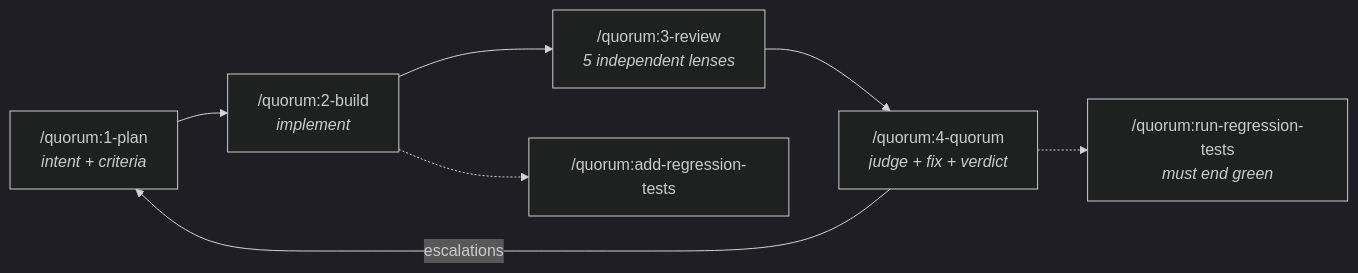
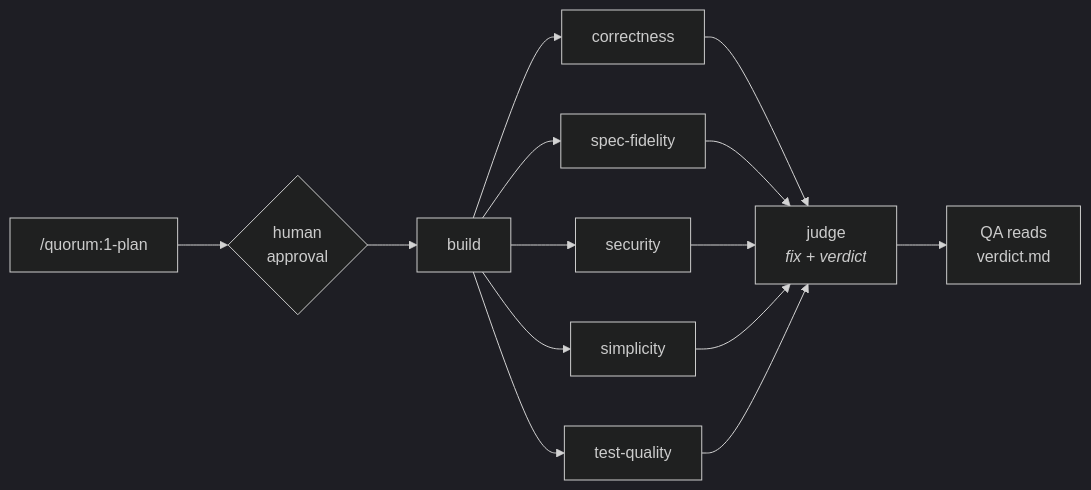
One commit to AiFirstDevelopment/starter changed the diagram in README.md. Above: the diagram before and after it, drawn with Mermaid (dark theme). The commit also changed other lines of this file and 7 other files, not shown here.

First line of the commit message:
Add /quorum:pipeline for autonomous runs after plan approval

````diff
--- a/README.md
+++ b/README.md
@@ -90,9 +100,16 @@
 ```mermaid
 flowchart LR
-    P["/quorum:1-plan<br/><i>intent + criteria</i>"] --> B["/quorum:2-build<br/><i>implement</i>"]
-    B --> R["/quorum:3-review<br/><i>5 independent lenses</i>"]
-    R --> Q["/quorum:4-quorum<br/><i>judge + fix + verdict</i>"]
-    Q -->|escalations| P
-    B -.-> T["/quorum:add-regression-tests"]
-    Q -.-> V["/quorum:run-regression-tests<br/><i>must end green</i>"]
+    P["/quorum:1-plan"] --> G{"human<br/>approval"}
+    G --> B["build"]
+    B --> R1["correctness"]
+    B --> R2["spec-fidelity"]
+    B --> R3["security"]
+    B --> R4["simplicity"]
+    B --> R5["test-quality"]
+    R1 --> J["judge<br/><i>fix + verdict</i>"]
+    R2 --> J
+    R3 --> J
+    R4 --> J
+    R5 --> J
+    J --> QA["QA reads<br/>verdict.md"]
 ```
````
